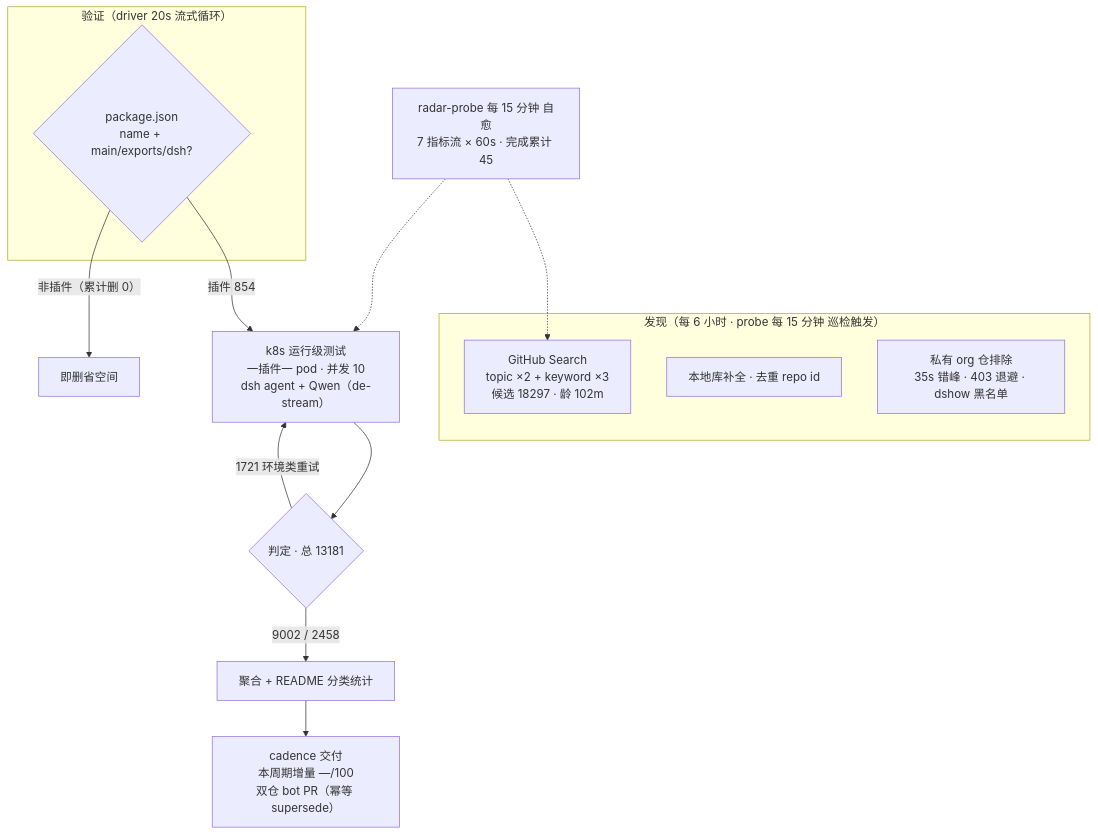
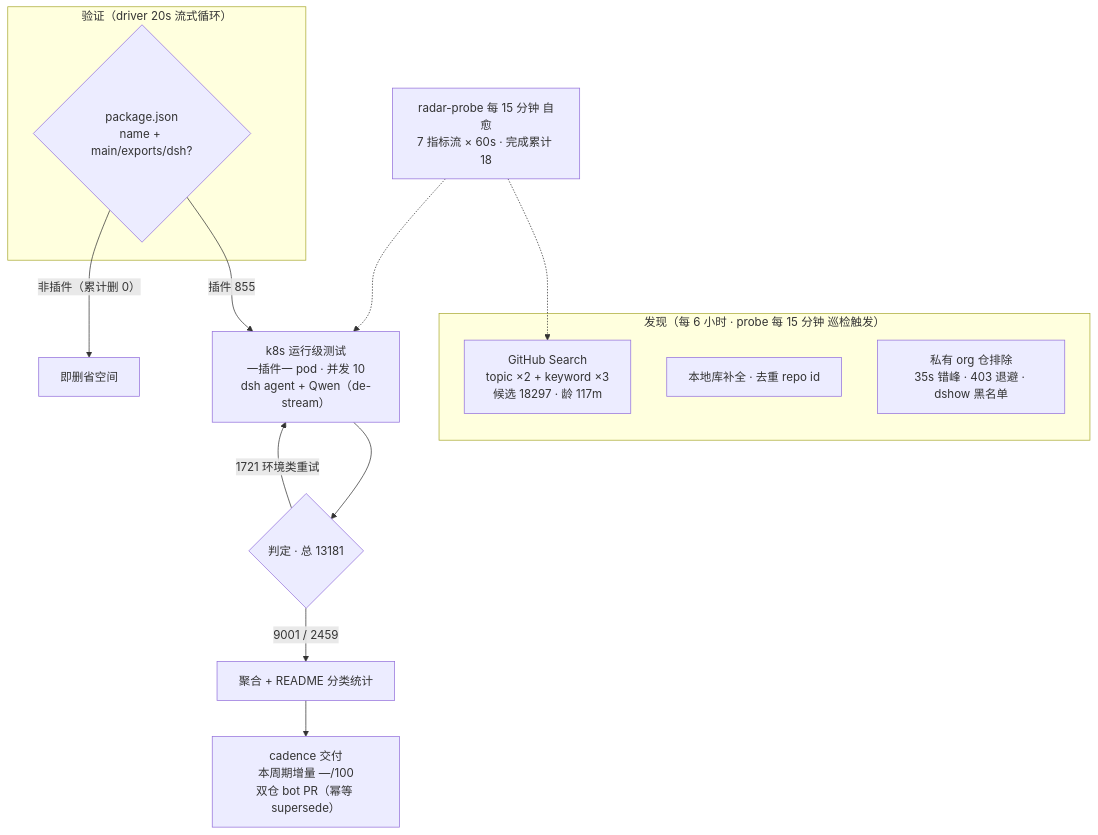
The diagram in README.md (AdamPlatin123/awesome-dsh-plugins), drawn with Mermaid before and after one commit. The commit also changed other lines of this file and 5 other files, not shown here.

````diff
--- a/README.md
+++ b/README.md
@@ -52,20 +52,20 @@
 ```mermaid
 flowchart TB
     subgraph Discovery["发现（每 6 小时 · probe 每 15 分钟 巡检触发）"]
-        A1["GitHub Search<br/>topic ×2 + keyword ×3<br/>候选 18297 · 龄 102m"]
+        A1["GitHub Search<br/>topic ×2 + keyword ×3<br/>候选 18297 · 龄 117m"]
         A2["本地库补全 · 去重 repo id"]
         A3["私有 org 仓排除<br/>35s 错峰 · 403 退避 · dshow 黑名单"]
     end
     subgraph Validation["验证（driver 20s 流式循环）"]
         B1{"package.json<br/>name + main/exports/dsh?"}
     end
-    B1 -->|"插件 854"| C1["k8s 运行级测试<br/>一插件一 pod · 并发 10<br/>dsh agent + Qwen（de-stream）"]
+    B1 -->|"插件 855"| C1["k8s 运行级测试<br/>一插件一 pod · 并发 10<br/>dsh agent + Qwen（de-stream）"]
     B1 -->|"非插件（累计删 0）"| B3["即删省空间"]
     C1 --> D1{"判定 · 总 13181"}
-    D1 -->|"9002 / 2458"| E1["聚合 + README 分类统计"]
+    D1 -->|"9001 / 2459"| E1["聚合 + README 分类统计"]
     D1 -->|"1721 环境类重试"| C1
     E1 --> E2["cadence 交付<br/>本周期增量 —/100<br/>双仓 bot PR（幂等 supersede）"]
-    M["radar-probe 每 15 分钟 自愈<br/>7 指标流 × 60s · 完成累计 45"]
+    M["radar-probe 每 15 分钟 自愈<br/>7 指标流 × 60s · 完成累计 18"]
     M -.-> A1
     M -.-> C1
 ```
````
